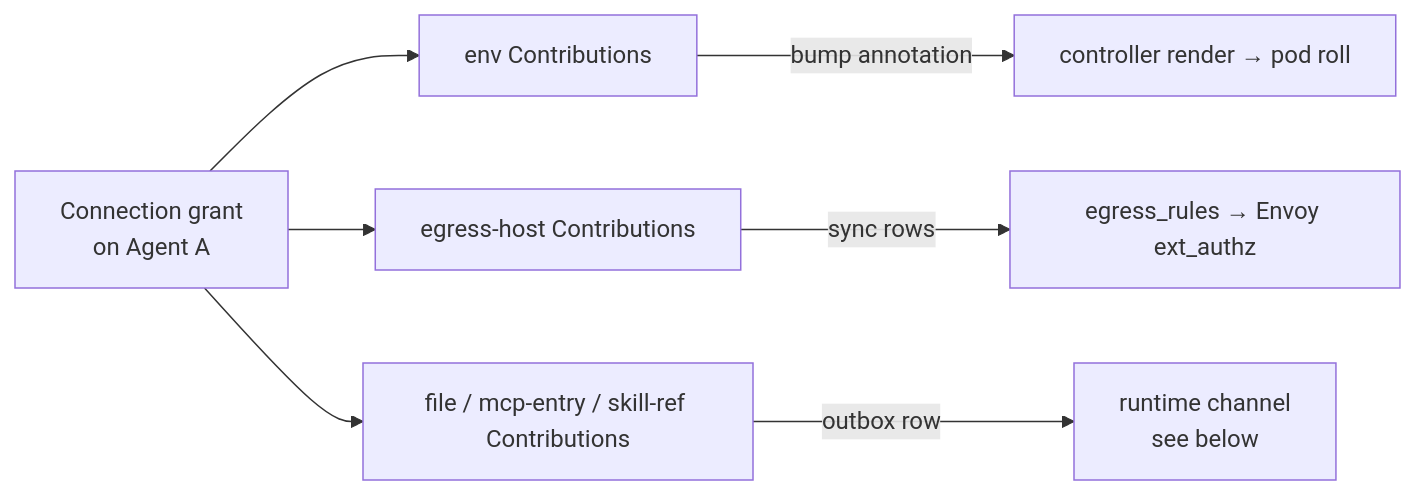
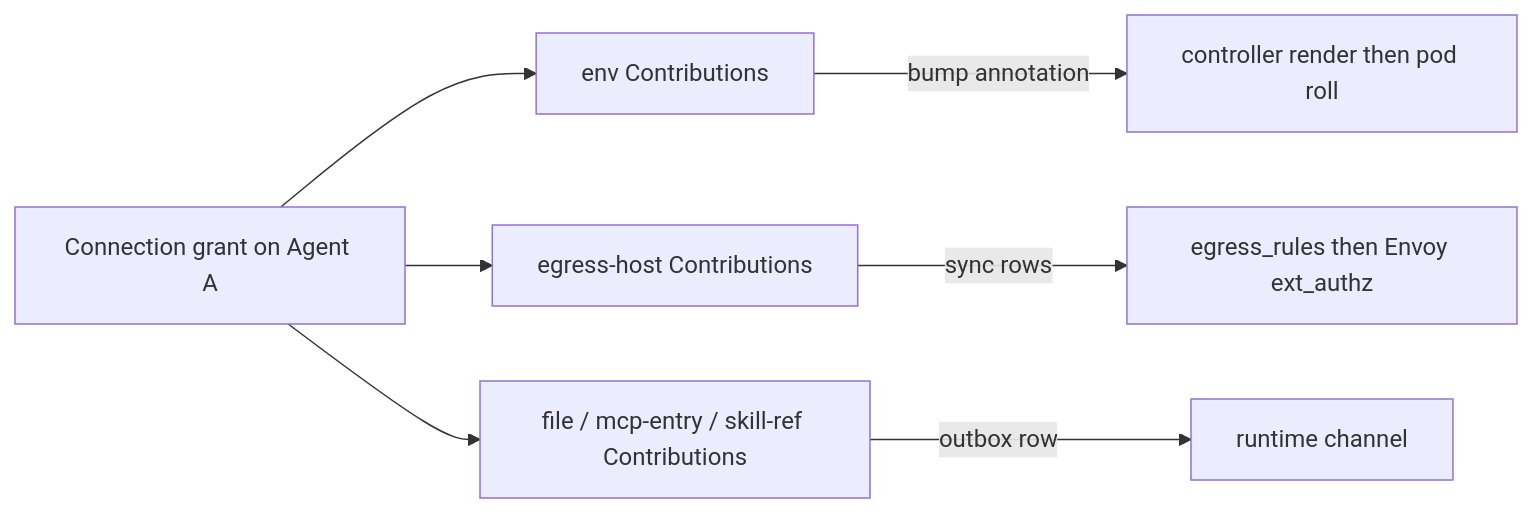
One commit to dam-agents/dam changed the first of 5 diagrams in docs/architecture/connections.md. Above: the diagram before and after it, drawn with Mermaid. The commit also changed other lines of this file, not shown here.

First line of the commit message:
docs(architecture): rewrite mermaid diagrams for Zed compatibility

````diff
--- a/docs/architecture/connections.md
+++ b/docs/architecture/connections.md
@@ -26,11 +26,17 @@
 ```mermaid
 flowchart LR
-  grant[Connection grant<br/>on Agent A]
-  grant --> env-rail[env Contributions]
-  grant --> host-rail[egress-host Contributions]
-  grant --> rt-rail[file / mcp-entry / skill-ref Contributions]
+  grant[Connection grant on Agent A]
+  envRail[env Contributions]
+  hostRail[egress-host Contributions]
+  rtRail[file / mcp-entry / skill-ref Contributions]
+  controller[controller render then pod roll]
+  envoy[egress_rules then Envoy ext_authz]
+  channel[runtime channel]
 
-  env-rail -->|bump annotation| controller[controller render → pod roll]
-  host-rail -->|sync rows| envoy[egress_rules → Envoy ext_authz]
-  rt-rail -->|outbox row| channel[runtime channel<br/>see below]
+  grant --> envRail
+  grant --> hostRail
+  grant --> rtRail
+  envRail -->|bump annotation| controller
+  hostRail -->|sync rows| envoy
+  rtRail -->|outbox row| channel
 ```
````
